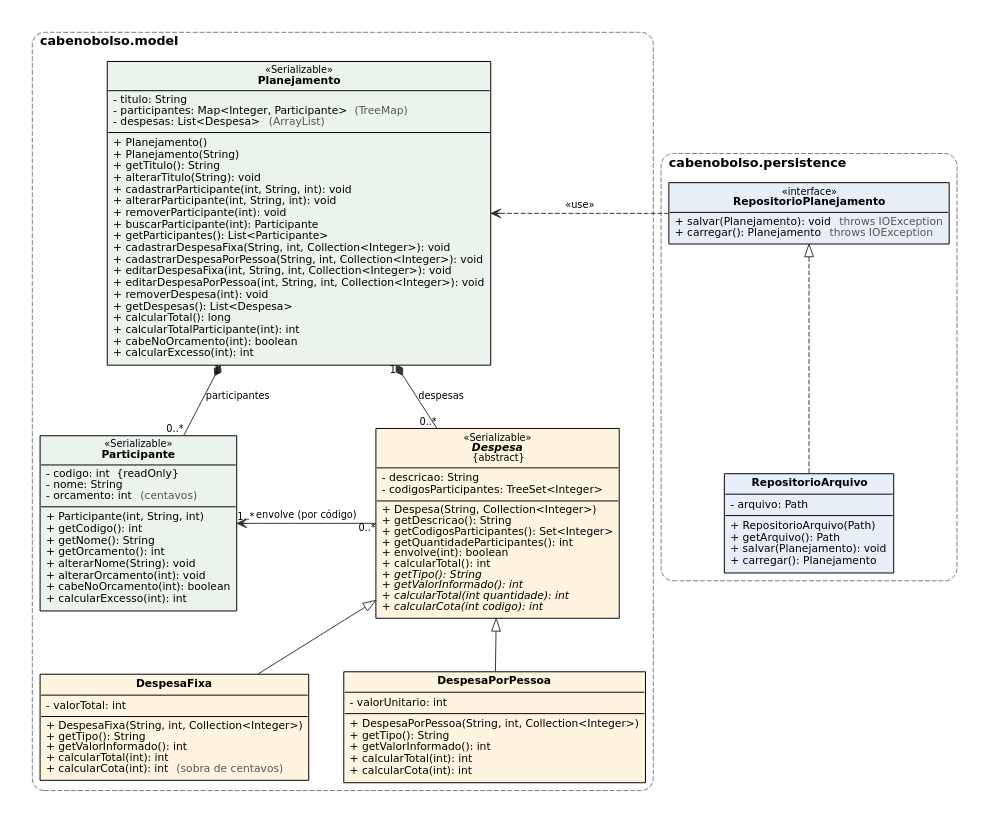
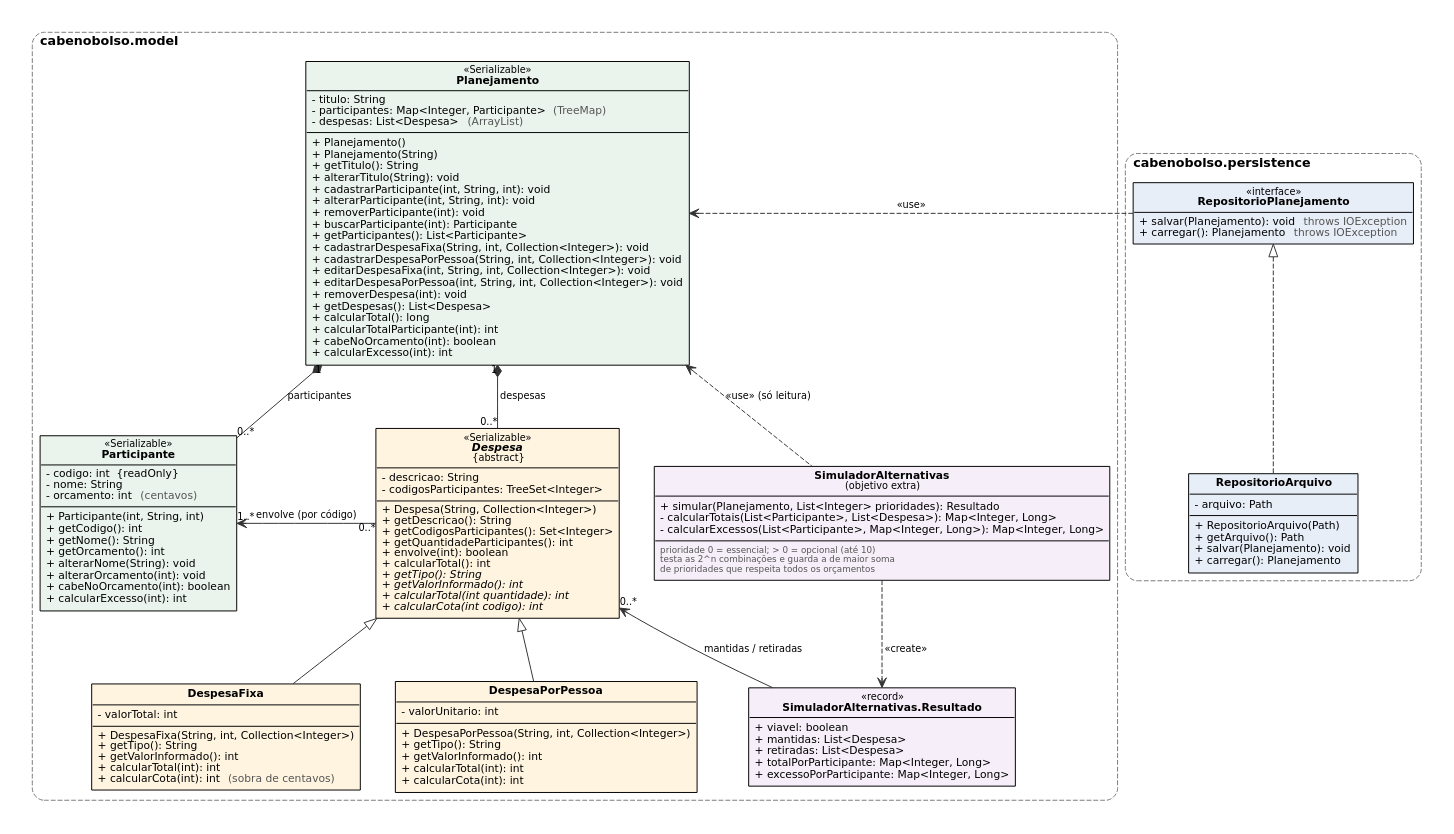
One commit to luizmneto-ai/cabeNoBolso_prj changed the diagram in docs/uml/diagrama-classes.dot. Above: the diagram before and after it, drawn with Graphviz. The commit also changed 5 other files, not shown here.

Commit message:
Atualiza diagramas UML com o simulador de alternativas

```diff
--- a/docs/uml/diagrama-classes.dot
+++ b/docs/uml/diagrama-classes.dot
@@ -1,80 +1,98 @@
 // Diagrama de classes — modelo e persistência (Cabe no Bolso)
 // Gerar: dot -Tpng -Gdpi=200 diagrama-classes.dot -o diagrama-classes.png
 digraph Classes {
   graph [rankdir=TB, fontname="DejaVu Sans", fontsize=13, nodesep=0.5, ranksep=0.75, pad=0.25, bgcolor="white"];
   node  [shape=plain, fontname="DejaVu Sans", fontsize=11];
   edge  [fontname="DejaVu Sans", fontsize=10, color="#333333"];
 
   subgraph cluster_model {
     label=<<b>cabenobolso.model</b>>; labeljust=l; style="rounded,dashed"; color="#7a7a7a";
 
     Planejamento [label=<
 <table border="1" cellborder="0" cellspacing="0" cellpadding="4" bgcolor="#EAF3EC">
 <tr><td><font point-size="10">«Serializable»</font><br/><b>Planejamento</b></td></tr>
 <tr><td align="left" balign="left" sides="t" border="1">- titulo: String<br/>- participantes: Map&lt;Integer, Participante&gt;  <font color="#555555">(TreeMap)</font><br/>- despesas: List&lt;Despesa&gt;  <font color="#555555">(ArrayList)</font></td></tr>
 <tr><td align="left" balign="left" sides="t" border="1">+ Planejamento()<br/>+ Planejamento(String)<br/>+ getTitulo(): String<br/>+ alterarTitulo(String): void<br/>+ cadastrarParticipante(int, String, int): void<br/>+ alterarParticipante(int, String, int): void<br/>+ removerParticipante(int): void<br/>+ buscarParticipante(int): Participante<br/>+ getParticipantes(): List&lt;Participante&gt;<br/>+ cadastrarDespesaFixa(String, int, Collection&lt;Integer&gt;): void<br/>+ cadastrarDespesaPorPessoa(String, int, Collection&lt;Integer&gt;): void<br/>+ editarDespesaFixa(int, String, int, Collection&lt;Integer&gt;): void<br/>+ editarDespesaPorPessoa(int, String, int, Collection&lt;Integer&gt;): void<br/>+ removerDespesa(int): void<br/>+ getDespesas(): List&lt;Despesa&gt;<br/>+ calcularTotal(): long<br/>+ calcularTotalParticipante(int): int<br/>+ cabeNoOrcamento(int): boolean<br/>+ calcularExcesso(int): int</td></tr>
 </table>>];
 
     Participante [label=<
 <table border="1" cellborder="0" cellspacing="0" cellpadding="4" bgcolor="#EAF3EC">
 <tr><td><font point-size="10">«Serializable»</font><br/><b>Participante</b></td></tr>
 <tr><td align="left" balign="left" sides="t" border="1">- codigo: int  {readOnly}<br/>- nome: String<br/>- orcamento: int  <font color="#555555">(centavos)</font></td></tr>
 <tr><td align="left" balign="left" sides="t" border="1">+ Participante(int, String, int)<br/>+ getCodigo(): int<br/>+ getNome(): String<br/>+ getOrcamento(): int<br/>+ alterarNome(String): void<br/>+ alterarOrcamento(int): void<br/>+ cabeNoOrcamento(int): boolean<br/>+ calcularExcesso(int): int</td></tr>
 </table>>];
 
     Despesa [label=<
 <table border="1" cellborder="0" cellspacing="0" cellpadding="4" bgcolor="#FFF4E0">
 <tr><td><font point-size="10">«Serializable»</font><br/><b><i>Despesa</i></b><br/><font point-size="10">{abstract}</font></td></tr>
 <tr><td align="left" balign="left" sides="t" border="1">- descricao: String<br/>- codigosParticipantes: TreeSet&lt;Integer&gt;</td></tr>
 <tr><td align="left" balign="left" sides="t" border="1">+ Despesa(String, Collection&lt;Integer&gt;)<br/>+ getDescricao(): String<br/>+ getCodigosParticipantes(): Set&lt;Integer&gt;<br/>+ getQuantidadeParticipantes(): int<br/>+ envolve(int): boolean<br/>+ calcularTotal(): int<br/><i>+ getTipo(): String</i><br/><i>+ getValorInformado(): int</i><br/><i>+ calcularTotal(int quantidade): int</i><br/><i>+ calcularCota(int codigo): int</i></td></tr>
 </table>>];
 
     DespesaFixa [label=<
 <table border="1" cellborder="0" cellspacing="0" cellpadding="4" bgcolor="#FFF4E0">
 <tr><td><b>DespesaFixa</b></td></tr>
 <tr><td align="left" balign="left" sides="t" border="1">- valorTotal: int</td></tr>
 <tr><td align="left" balign="left" sides="t" border="1">+ DespesaFixa(String, int, Collection&lt;Integer&gt;)<br/>+ getTipo(): String<br/>+ getValorInformado(): int<br/>+ calcularTotal(int): int<br/>+ calcularCota(int): int  <font color="#555555">(sobra de centavos)</font></td></tr>
 </table>>];
 
     DespesaPorPessoa [label=<
 <table border="1" cellborder="0" cellspacing="0" cellpadding="4" bgcolor="#FFF4E0">
 <tr><td><b>DespesaPorPessoa</b></td></tr>
 <tr><td align="left" balign="left" sides="t" border="1">- valorUnitario: int</td></tr>
 <tr><td align="left" balign="left" sides="t" border="1">+ DespesaPorPessoa(String, int, Collection&lt;Integer&gt;)<br/>+ getTipo(): String<br/>+ getValorInformado(): int<br/>+ calcularTotal(int): int<br/>+ calcularCota(int): int</td></tr>
 </table>>];
+
+    Simulador [label=<
+<table border="1" cellborder="0" cellspacing="0" cellpadding="4" bgcolor="#F6EEF8">
+<tr><td><b>SimuladorAlternativas</b><br/><font point-size="10">(objetivo extra)</font></td></tr>
+<tr><td align="left" balign="left" sides="t" border="1">+ simular(Planejamento, List&lt;Integer&gt; prioridades): Resultado<br/>- calcularTotais(List&lt;Participante&gt;, List&lt;Despesa&gt;): Map&lt;Integer, Long&gt;<br/>- calcularExcessos(List&lt;Participante&gt;, Map&lt;Integer, Long&gt;): Map&lt;Integer, Long&gt;</td></tr>
+<tr><td align="left" balign="left" sides="t" border="1"><font point-size="9" color="#555555">prioridade 0 = essencial; &gt; 0 = opcional (até 10)<br/>testa as 2^n combinações e guarda a de maior soma<br/>de prioridades que respeita todos os orçamentos</font></td></tr>
+</table>>];
+
+    Resultado [label=<
+<table border="1" cellborder="0" cellspacing="0" cellpadding="4" bgcolor="#F6EEF8">
+<tr><td><font point-size="10">«record»</font><br/><b>SimuladorAlternativas.Resultado</b></td></tr>
+<tr><td align="left" balign="left" sides="t" border="1">+ viavel: boolean<br/>+ mantidas: List&lt;Despesa&gt;<br/>+ retiradas: List&lt;Despesa&gt;<br/>+ totalPorParticipante: Map&lt;Integer, Long&gt;<br/>+ excessoPorParticipante: Map&lt;Integer, Long&gt;</td></tr>
+</table>>];
   }
 
   subgraph cluster_persistence {
     label=<<b>cabenobolso.persistence</b>>; labeljust=l; style="rounded,dashed"; color="#7a7a7a";
 
     RepositorioPlanejamento [label=<
 <table border="1" cellborder="0" cellspacing="0" cellpadding="4" bgcolor="#E8EEF8">
 <tr><td><font point-size="10">«interface»</font><br/><b>RepositorioPlanejamento</b></td></tr>
 <tr><td align="left" balign="left" sides="t" border="1">+ salvar(Planejamento): void  <font color="#555555">throws IOException</font><br/>+ carregar(): Planejamento  <font color="#555555">throws IOException</font></td></tr>
 </table>>];
 
     RepositorioArquivo [label=<
 <table border="1" cellborder="0" cellspacing="0" cellpadding="4" bgcolor="#E8EEF8">
 <tr><td><b>RepositorioArquivo</b></td></tr>
 <tr><td align="left" balign="left" sides="t" border="1">- arquivo: Path</td></tr>
 <tr><td align="left" balign="left" sides="t" border="1">+ RepositorioArquivo(Path)<br/>+ getArquivo(): Path<br/>+ salvar(Planejamento): void<br/>+ carregar(): Planejamento</td></tr>
 </table>>];
   }
 
   // Composição: o planejamento contém participantes e despesas
   Planejamento -> Participante [dir=back, arrowtail=diamond, taillabel="1", headlabel="0..*", label=" participantes "];
   Planejamento -> Despesa      [dir=back, arrowtail=diamond, taillabel="1", headlabel="0..*", label=" despesas "];
 
   // Despesa referencia participantes pelo código
   Despesa -> Participante [arrowhead=vee, taillabel="0..*", headlabel="1..*", label=" envolve (por código) ", constraint=false];
 
   // Herança (desenhada de cima para baixo: a seta vazada aponta para Despesa)
   Despesa -> DespesaFixa      [dir=back, arrowtail=onormal, arrowsize=1.3];
   Despesa -> DespesaPorPessoa [dir=back, arrowtail=onormal, arrowsize=1.3];
 
   // Realização da interface (seta vazada tracejada aponta para a interface)
   RepositorioPlanejamento -> RepositorioArquivo [dir=back, arrowtail=onormal, style=dashed, arrowsize=1.3];
 
   // Dependência: o repositório grava e lê o Planejamento
   RepositorioPlanejamento -> Planejamento [arrowhead=vee, style=dashed, label=" «use» ", constraint=false];
+
+  // Simulador: lê o planejamento (sem alterar) e devolve um Resultado
+  Planejamento -> Simulador [dir=back, arrowtail=vee, style=dashed, label=" «use» (só leitura) "];
+  Simulador -> Resultado [arrowhead=vee, style=dashed, label=" «create» "];
+  Resultado -> Despesa [arrowhead=vee, headlabel="0..*", label=" mantidas / retiradas ", constraint=false];
 }
```
